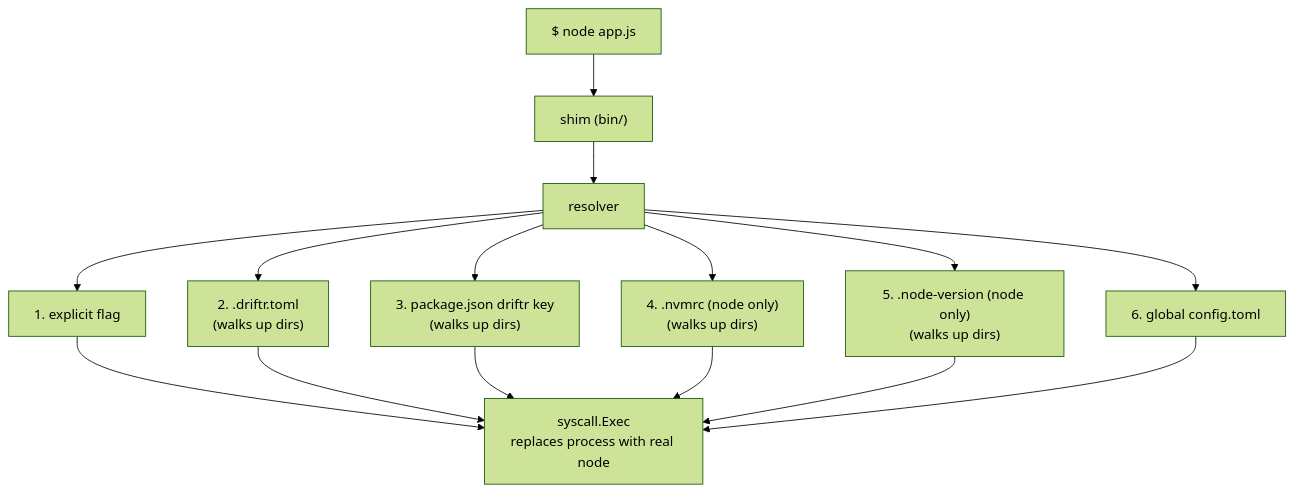
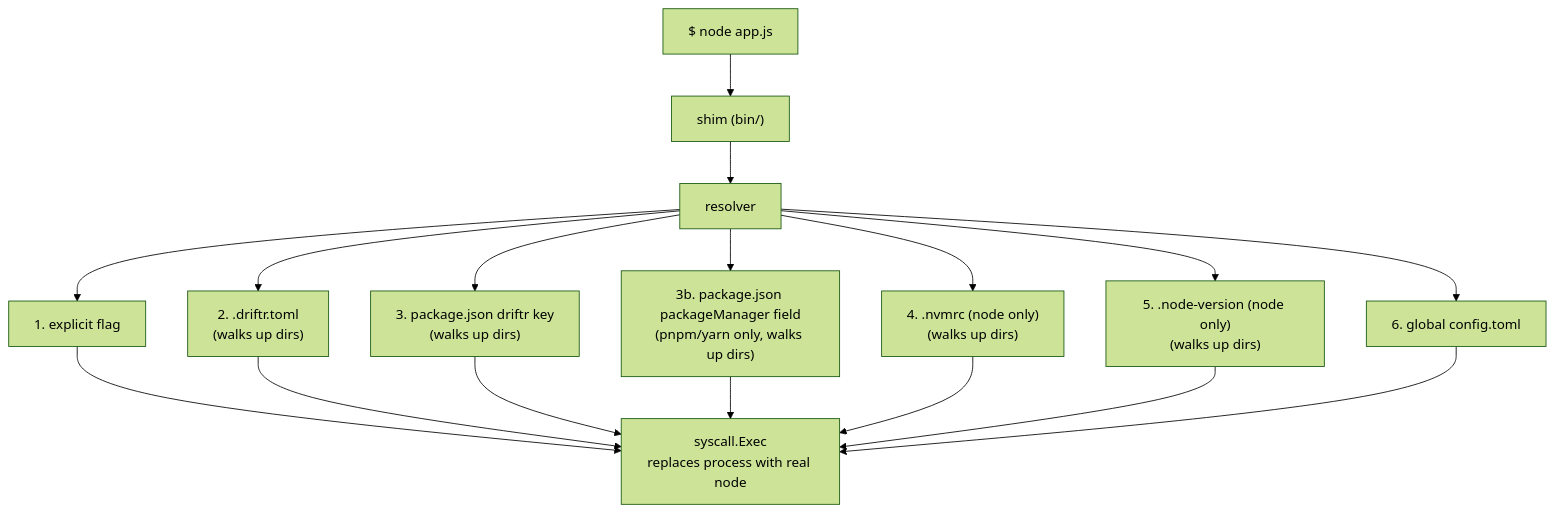
The diagram in README.md (DriftrLabs/Driftr), drawn with Mermaid (forest theme) before and after one commit. The commit also changed other lines of this file, not shown here.

Commit message:
docs: mention packageManager field in README resolution chain

````diff
--- a/README.md
+++ b/README.md
@@ -148,12 +148,13 @@
 ```mermaid
 flowchart TD
     A["$ node app.js"] --> B["shim (bin/)"]
     B --> C["resolver"]
     C --> C1["1. explicit flag"]
     C --> C2["2. .driftr.toml\n(walks up dirs)"]
     C --> C3["3. package.json driftr key\n(walks up dirs)"]
     C --> C4["4. .nvmrc (node only)\n(walks up dirs)"]
     C --> C5["5. .node-version (node only)\n(walks up dirs)"]
     C --> C6["6. global config.toml"]
-    C1 & C2 & C3 & C4 & C5 & C6 --> D["syscall.Exec\nreplaces process with real node"]
+    C --> C3b["3b. package.json packageManager field\n(pnpm/yarn only, walks up dirs)"]
+    C1 & C2 & C3 & C3b & C4 & C5 & C6 --> D["syscall.Exec\nreplaces process with real node"]
 ```
````
